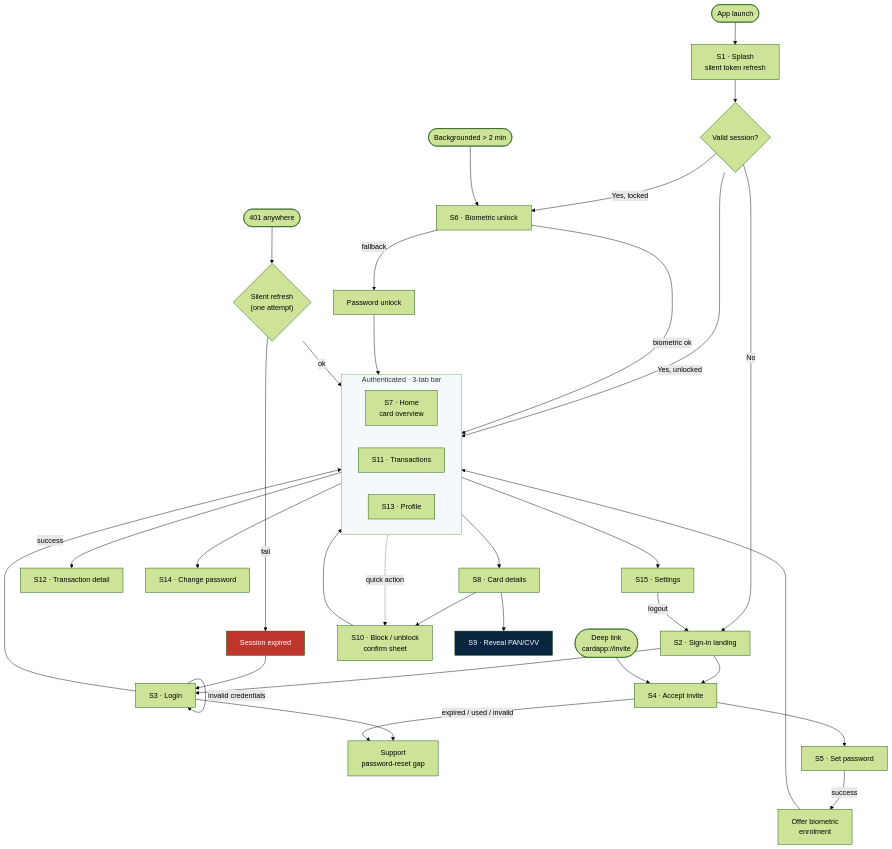
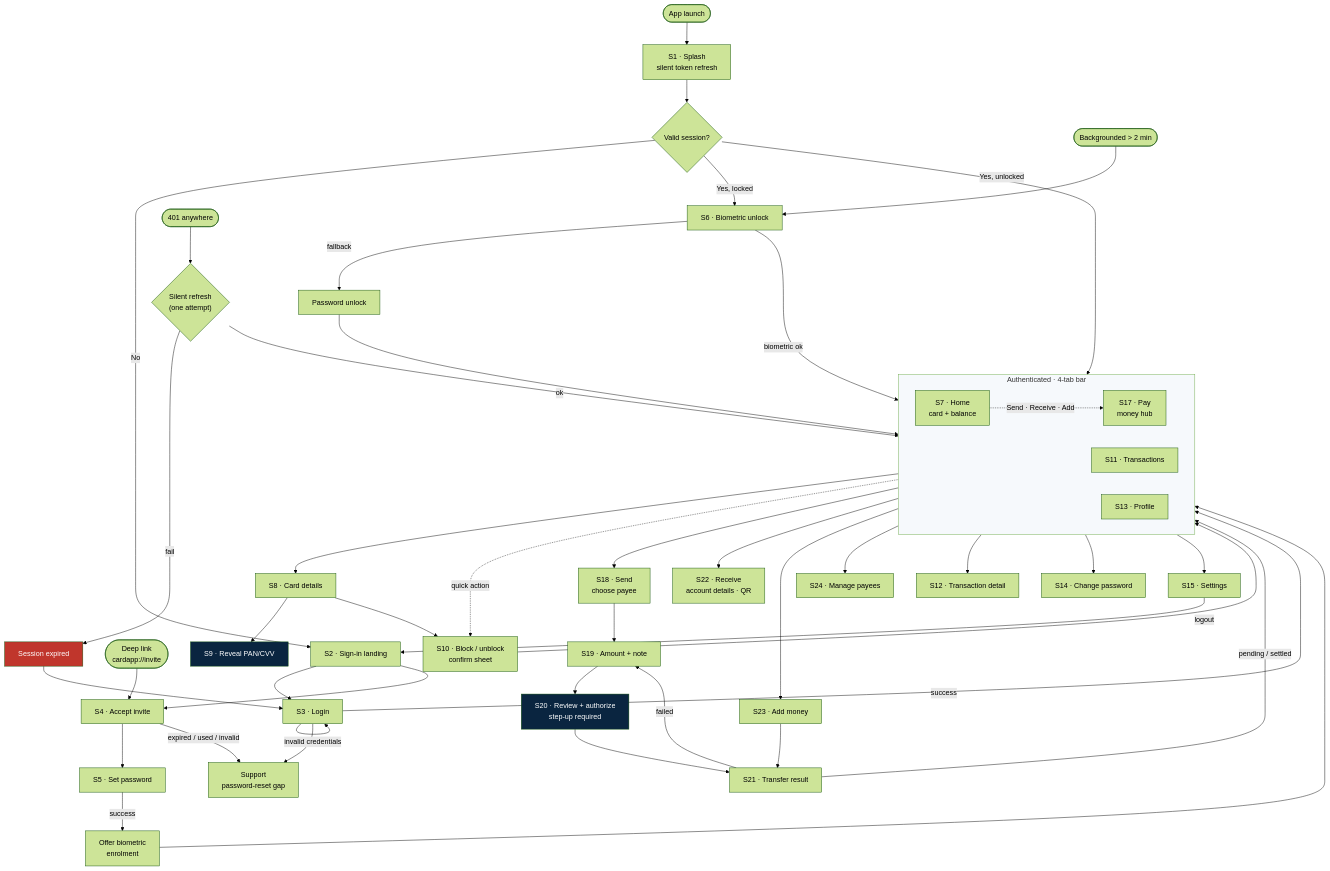
The second of 21 diagrams in docs/card-app-complete-spec.md (yr08ii/card-management-app), drawn with Mermaid (forest theme) before and after one commit. The commit also changed other lines of this file, not shown here.

First line of the commit message:
docs: add money movement to the plan (S17-S24)

````diff
--- a/docs/card-app-complete-spec.md
+++ b/docs/card-app-complete-spec.md
@@ -95,56 +97,72 @@
 ```mermaid
 flowchart TD
     Start(["App launch"]) --> S1["S1 · Splash<br/>silent token refresh"]
 
     S1 --> Q1{Valid session?}
     Q1 -->|No| S2["S2 · Sign-in landing"]
     Q1 -->|"Yes, locked"| S6["S6 · Biometric unlock"]
     Q1 -->|"Yes, unlocked"| HOME
 
     S2 --> S3["S3 · Login"]
     S2 --> S4["S4 · Accept invite"]
     DEEP(["Deep link<br/>cardapp://invite"]) --> S4
 
     S3 -->|success| HOME
     S3 -->|"invalid credentials"| S3
     S3 --> SUP["Support<br/>password-reset gap"]
 
     S4 --> S5["S5 · Set password"]
     S4 -->|"expired / used / invalid"| SUP
     S5 -->|success| BIO["Offer biometric<br/>enrolment"]
     BIO --> HOME
 
     S6 -->|biometric ok| HOME
     S6 -->|"fallback"| PWD["Password unlock"]
     PWD --> HOME
 
-    subgraph HOME["Authenticated · 3-tab bar"]
+    subgraph HOME["Authenticated · 4-tab bar"]
         direction LR
-        S7["S7 · Home<br/>card overview"]
+        S7["S7 · Home<br/>card + balance"]
+        S17["S17 · Pay<br/>money hub"]
         S11["S11 · Transactions"]
         S13["S13 · Profile"]
     end
 
     S7 --> S8["S8 · Card details"]
     S7 -.->|quick action| S10
     S8 --> S9["S9 · Reveal PAN/CVV"]
     S8 --> S10["S10 · Block / unblock<br/>confirm sheet"]
     S10 --> S7
+
+    S7 -.->|"Send · Receive · Add"| S17
+
+    S17 --> S18["S18 · Send<br/>choose payee"]
+    S17 --> S22["S22 · Receive<br/>account details · QR"]
+    S17 --> S23["S23 · Add money"]
+    S17 --> S24["S24 · Manage payees"]
+
+    S18 --> S19["S19 · Amount + note"]
+    S19 --> S20["S20 · Review + authorize<br/>step-up required"]
+    S20 --> S21["S21 · Transfer result"]
+    S21 -->|"pending / settled"| S11
+    S21 -->|"failed"| S19
+    S23 --> S21
 
     S11 --> S12["S12 · Transaction detail"]
 
     S13 --> S14["S14 · Change password"]
     S13 --> S15["S15 · Settings"]
     S15 -->|logout| S2
 
     EXP(["401 anywhere"]) --> R{"Silent refresh<br/>(one attempt)"}
     R -->|ok| HOME
     R -->|fail| SE["Session expired"]
     SE --> S3
 
     BG(["Backgrounded > 2 min"]) --> S6
 
     style S9 fill:#0A2540,color:#fff
+    style S20 fill:#0A2540,color:#fff
     style SE fill:#C0362C,color:#fff
     style HOME fill:#F6F9FC
 ```
````
